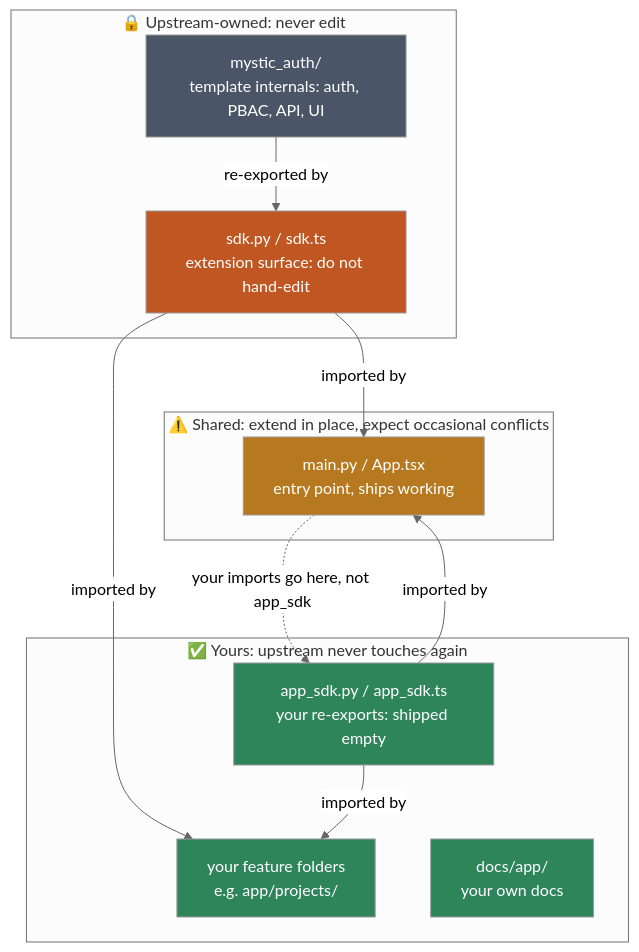
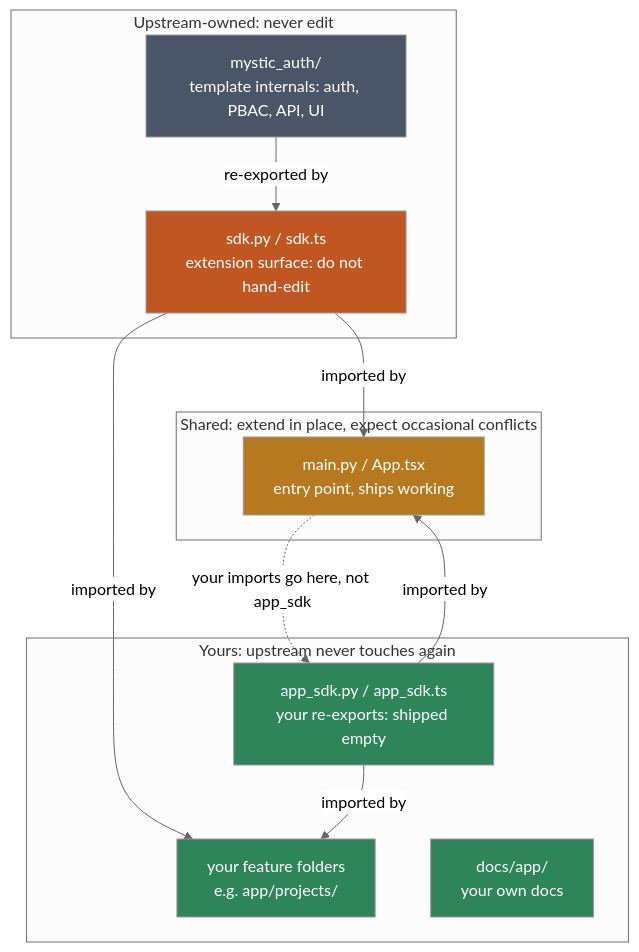
The diagram in docs/mystic_auth/template-usage/overview.md (Nachiket-2024/mystic-auth), drawn with Mermaid (neutral theme) before and after one commit. The commit also changed other lines of this file and 112 other files, not shown here.

````diff
--- a/docs/mystic_auth/template-usage/overview.md
+++ b/docs/mystic_auth/template-usage/overview.md
@@ -62,31 +62,31 @@
 ```mermaid
 flowchart TB
-    subgraph upstream["🔒 Upstream-owned: never edit"]
+    subgraph upstream["Upstream-owned: never edit"]
         MA["mystic_auth/\ntemplate internals: auth, PBAC, API, UI"]
         SDK["sdk.py / sdk.ts\nextension surface: do not hand-edit"]
     end
 
-    subgraph shared["⚠️ Shared: extend in place, expect occasional conflicts"]
+    subgraph shared["Shared: extend in place, expect occasional conflicts"]
         ENTRY["main.py / App.tsx\nentry point, ships working"]
     end
 
-    subgraph yours["✅ Yours: upstream never touches again"]
+    subgraph yours["Yours: upstream never touches again"]
         APPSDK["app_sdk.py / app_sdk.ts\nyour re-exports: shipped empty"]
         FEATURES["your feature folders\ne.g. app/projects/"]
         DOCSAPP["docs/app/\nyour own docs"]
     end
 
     MA -->|re-exported by| SDK
     SDK -->|imported by| ENTRY
     SDK -->|imported by| FEATURES
     APPSDK -->|imported by| ENTRY
     APPSDK -->|imported by| FEATURES
     ENTRY -.->|your imports go here, not app_sdk| APPSDK
 
     style MA fill:#4a5568,color:#fff
     style SDK fill:#c05621,color:#fff
     style ENTRY fill:#b7791f,color:#fff
     style APPSDK fill:#2f855a,color:#fff
     style FEATURES fill:#2f855a,color:#fff
     style DOCSAPP fill:#2f855a,color:#fff
 ```
````
